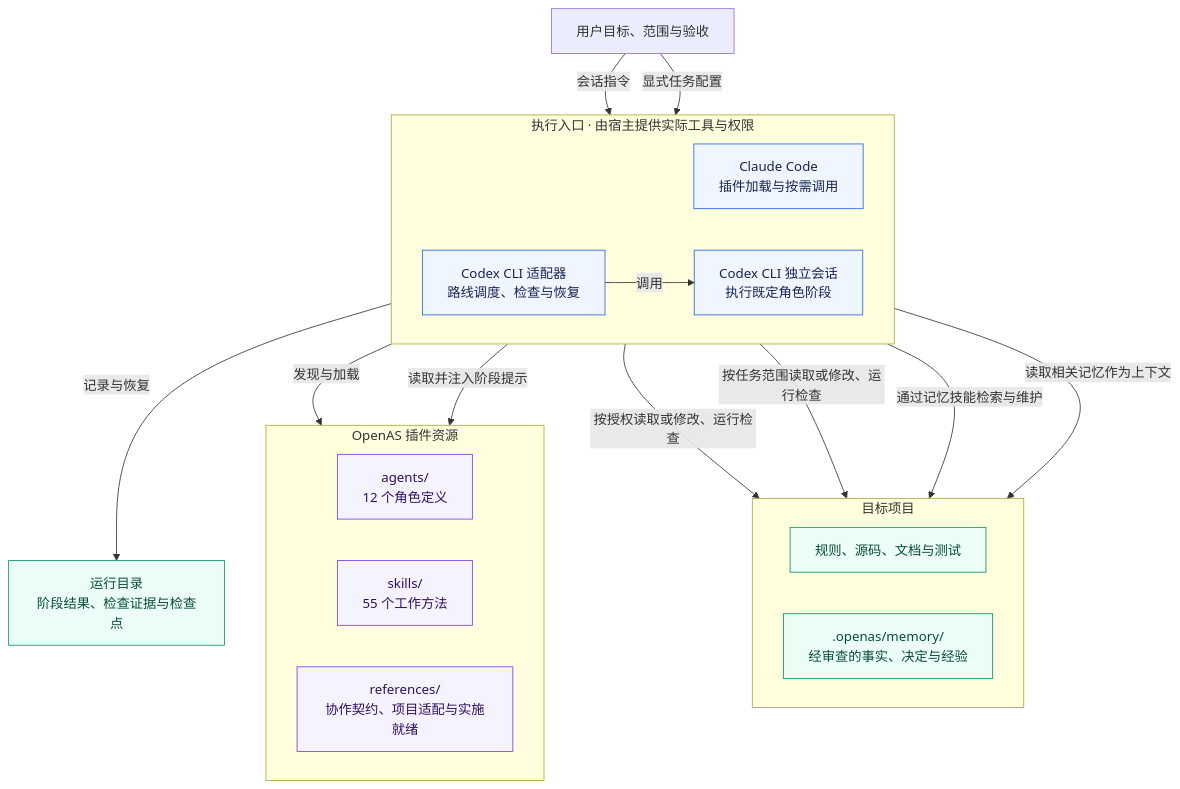
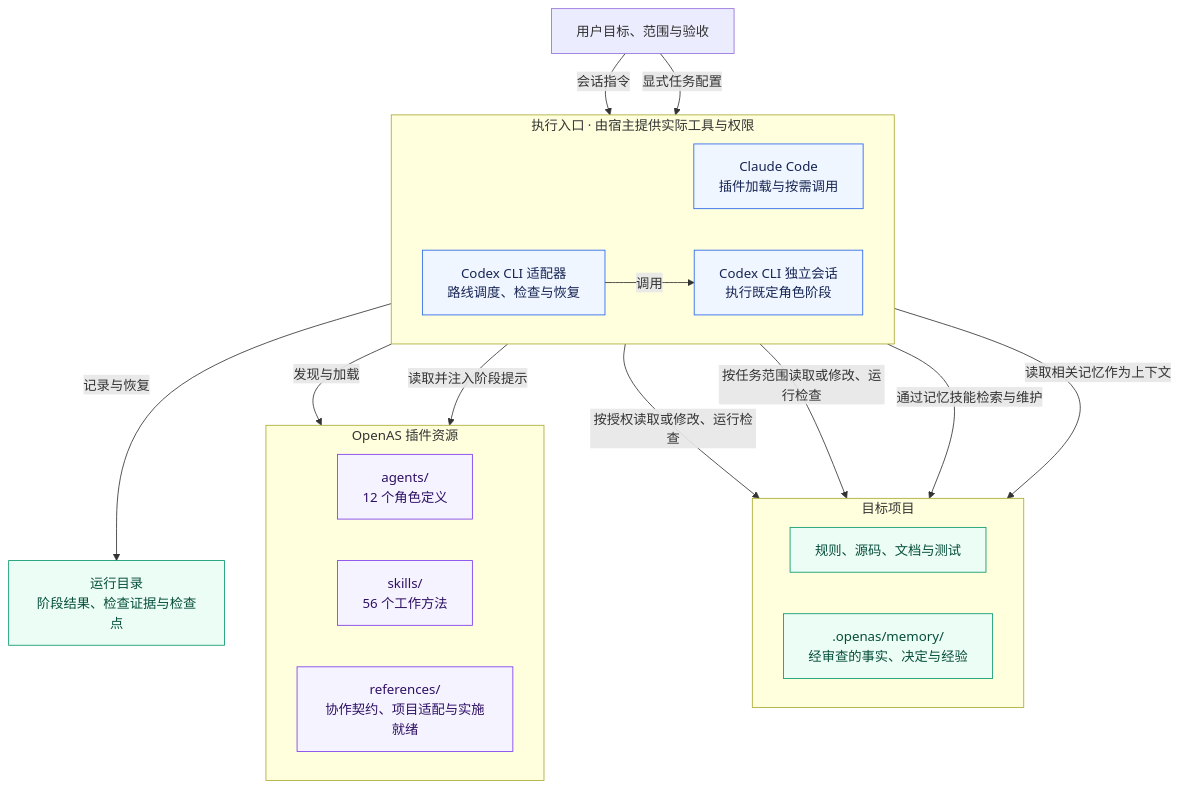
The first of 2 diagrams in README.md (xiangguangxin/OpenAS), drawn with Mermaid before and after one commit. The commit also changed other lines of this file and 25 other files, not shown here.

````diff
--- a/README.md
+++ b/README.md
@@ -345,44 +347,44 @@
 ```mermaid
 flowchart TB
     user["用户目标、范围与验收"]
 
     subgraph entry["执行入口 · 由宿主提供实际工具与权限"]
         direction LR
         claude["Claude Code<br/>插件加载与按需调用"]
         adapter["Codex CLI 适配器<br/>路线调度、检查与恢复"]
         sessions["Codex CLI 独立会话<br/>执行既定角色阶段"]
         adapter -->|调用| sessions
     end
 
     subgraph bundle["OpenAS 插件资源"]
         direction LR
         agents["agents/<br/>12 个角色定义"]
-        skills["skills/<br/>55 个工作方法"]
+        skills["skills/<br/>56 个工作方法"]
         contracts["references/<br/>协作契约、项目适配与实施就绪"]
     end
 
     subgraph target["目标项目"]
         direction LR
         repo["规则、源码、文档与测试"]
         memory[".openas/memory/<br/>经审查的事实、决定与经验"]
     end
 
     evidence["运行目录<br/>阶段结果、检查证据与检查点"]
 
     user -->|会话指令| claude
     user -->|显式任务配置| adapter
     claude -->|发现与加载| bundle
     adapter -->|读取并注入阶段提示| bundle
     claude -->|按授权读取或修改、运行检查| repo
     sessions -->|按任务范围读取或修改、运行检查| repo
     claude -->|通过记忆技能检索与维护| memory
     adapter -->|读取相关记忆作为上下文| memory
     adapter -->|记录与恢复| evidence
 
     classDef entryStyle fill:#eff6ff,stroke:#2563eb,color:#172554
     classDef resourceStyle fill:#f5f3ff,stroke:#7c3aed,color:#2e1065
     classDef dataStyle fill:#ecfdf5,stroke:#059669,color:#064e3b
     class claude,adapter,sessions entryStyle
     class agents,skills,contracts resourceStyle
     class repo,memory,evidence dataStyle
 ```
````
